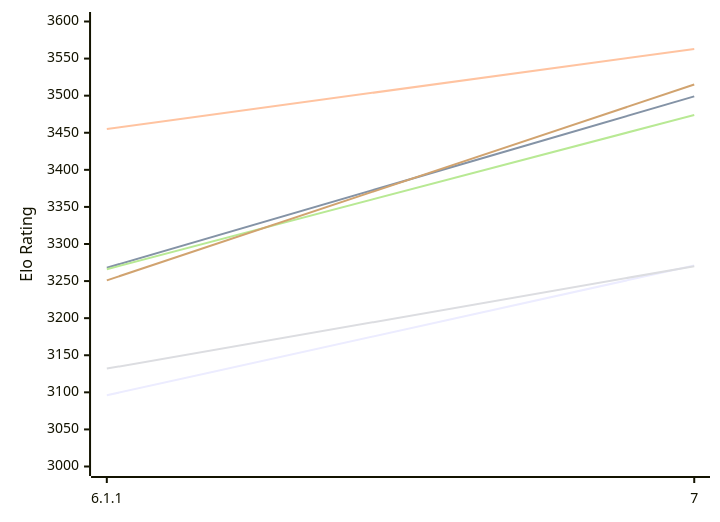
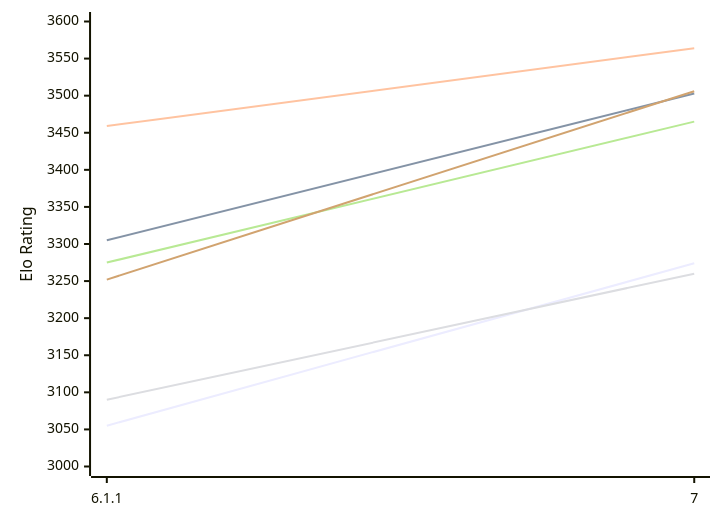
The first of 2 diagrams in engines/Zangdar.md (computer-chess-index/cci), drawn with Mermaid before and after one commit. The commit also changed other lines of this file, not shown here.

Commit message:
Update CCI Ratings (ELO VLTC) - 2026-11-15

````diff
--- a/engines/Zangdar.md
+++ b/engines/Zangdar.md
@@ -53,12 +53,12 @@
 ```mermaid
 %%{init: {"theme":"base","themeVariables":{"seriesColors:['#a3a3a3','#222221','#faa371']}}}%%
 xychart-beta
   x-axis ["6.1.1", "7"]
   y-axis "Elo Rating" 3000 --> 3600
-  line "E1: STC (8.0+0.08s)" [3096, 3271]
-  line "E1: LTC (60.0+0.60s)" [3268, 3499]
-  line "E1: VLTC (2m24s+1.12s)" [3455, 3563]
-  line "P1: STC (8.0+0.08s)" [3132, 3270]
-  line "P1: LTC (60.0+0.60s)" [3266, 3474]
-  line "P1: VLTC (2m24s+1.12s)" [3251, 3515]
+  line "E1: STC (8.0+0.08s)" [3055, 3274]
+  line "E1: LTC (60.0+0.60s)" [3305, 3503]
+  line "E1: VLTC (2m24s+1.12s)" [3459, 3564]
+  line "P1: STC (8.0+0.08s)" [3090, 3260]
+  line "P1: LTC (60.0+0.60s)" [3275, 3465]
+  line "P1: VLTC (2m24s+1.12s)" [3252, 3506]
 ```
````
